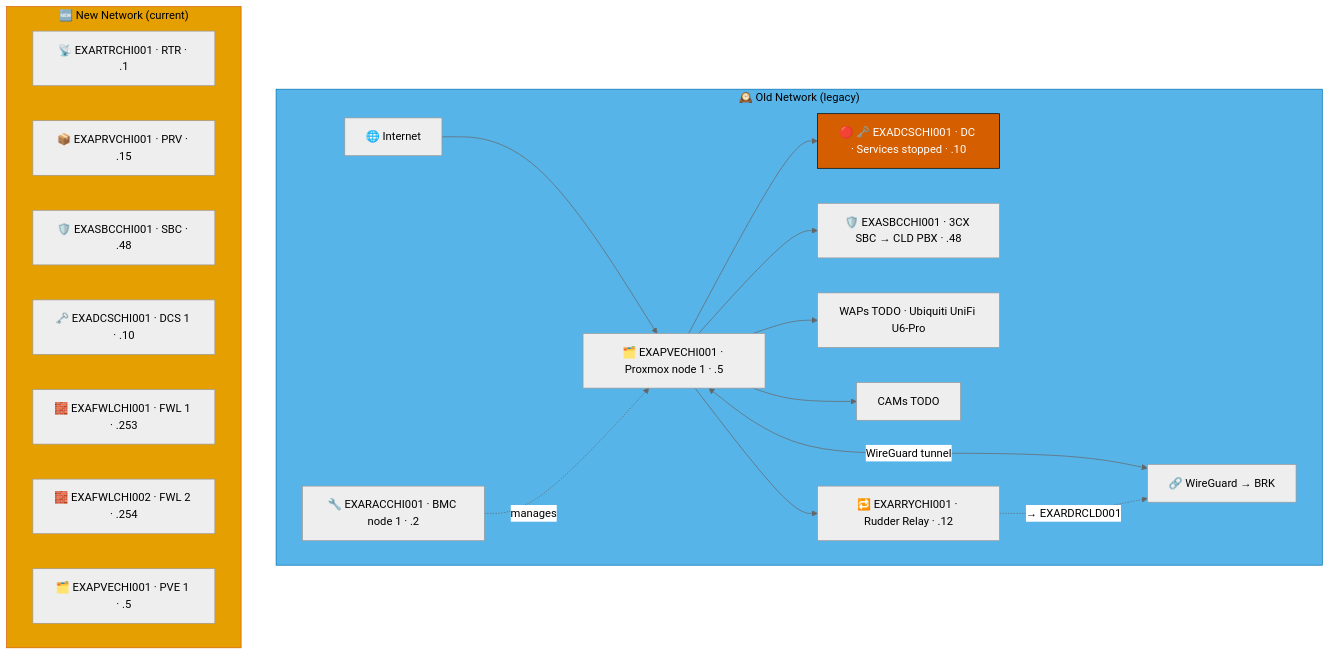
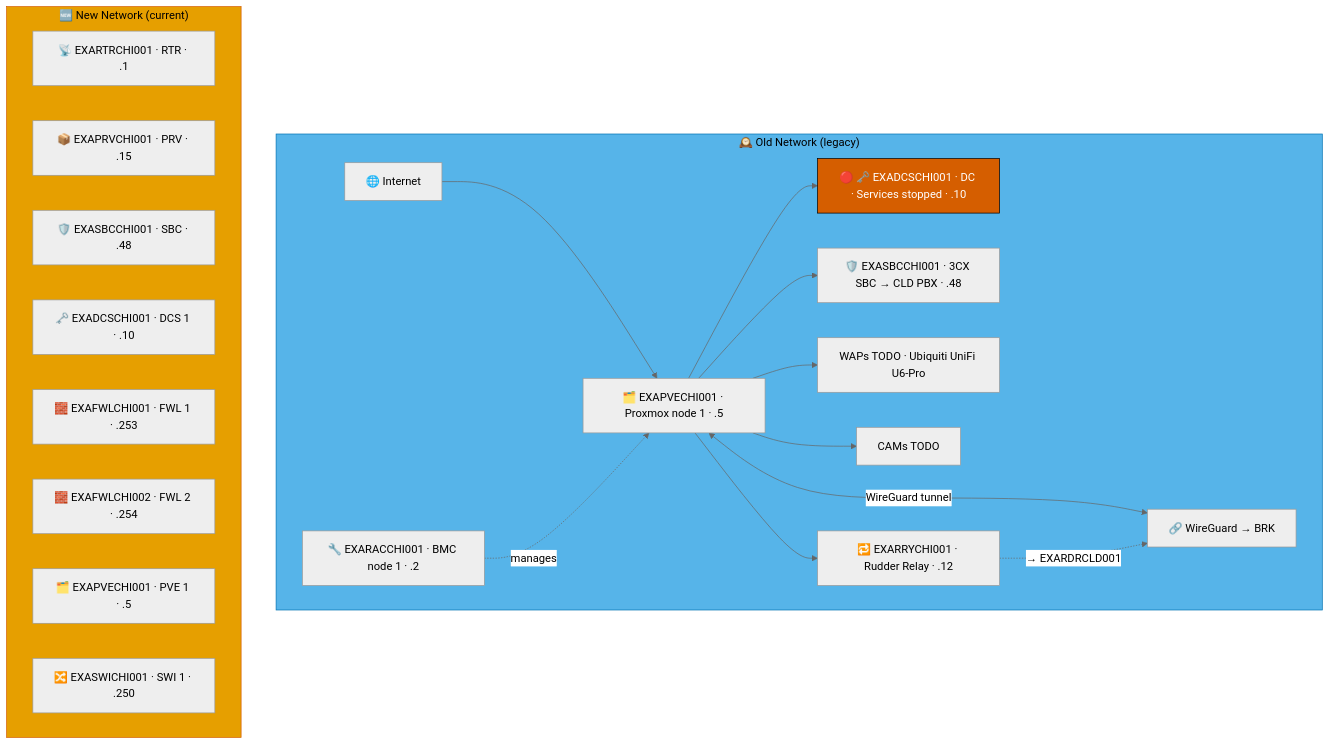
The sixth of 8 diagrams in docs/network-diagram/united-states.md (knightmare2600/example_music_infra), drawn with Mermaid (neutral theme) before and after one commit. The commit also changed other lines of this file and 12 other files, not shown here.

````diff
--- a/docs/network-diagram/united-states.md
+++ b/docs/network-diagram/united-states.md
@@ -281,37 +285,38 @@
 ```mermaid
 graph TD
     subgraph OLD_CHI ["🕰️ Old Network (legacy)"]
       INET["🌐 Internet"]
       RAC["🔧 EXARACCHI001 · BMC node 1 · .2"]
       PVE["🗂️ EXAPVECHI001 · Proxmox node 1 · .5"]
       DC["🔴 🗝️ EXADCSCHI001 · DC · Services stopped · .10"]
       SBC["🛡️ EXASBCCHI001 · 3CX SBC → CLD PBX · .48"]
       RRY["🔁 EXARRYCHI001 · Rudder Relay · .12"]
       WAP["WAPs TODO · Ubiquiti UniFi U6-Pro"]
       CAM["CAMs TODO"]
       VPN["🔗 WireGuard → BRK"]
 
       INET --> PVE --> DC & SBC
       RAC -.->|"manages"| PVE
       PVE --> WAP & CAM
       PVE <-->|"WireGuard tunnel"| VPN
 
       PVE --> RRY
       RRY -. "→ EXARDRCLD001" .-> VPN
     end
     style OLD_CHI fill:#56B4E9,stroke:#0072B2,color:#000000
     %% GENERATED:NEW-NETWORK:CHI:START
     subgraph NEW_CHI ["🆕 New Network (current)"]
       N_RTR["📡 EXARTRCHI001 · RTR · .1"]
       N_PRV["📦 EXAPRVCHI001 · PRV · .15"]
       N_SBC["🛡️ EXASBCCHI001 · SBC · .48"]
       N_DCS["🗝️ EXADCSCHI001 · DCS 1 · .10"]
       N_FWL["🧱 EXAFWLCHI001 · FWL 1 · .253"]
       N_FWL2["🧱 EXAFWLCHI002 · FWL 2 · .254"]
       N_PVE["🗂️ EXAPVECHI001 · PVE 1 · .5"]
+      N_SWI["🔀 EXASWICHI001 · SWI 1 · .250"]
     end
     style NEW_CHI fill:#E69F00,stroke:#D55E00,color:#000000
     %% GENERATED:NEW-NETWORK:CHI:END
     classDef warn fill:#D55E00,stroke:#000000,color:#ffffff
     class DC warn
 ```
````
